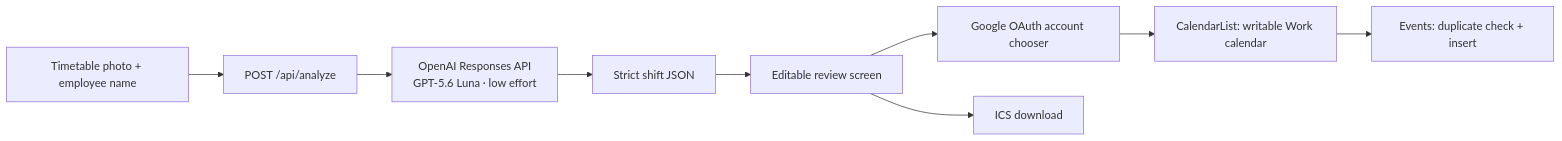
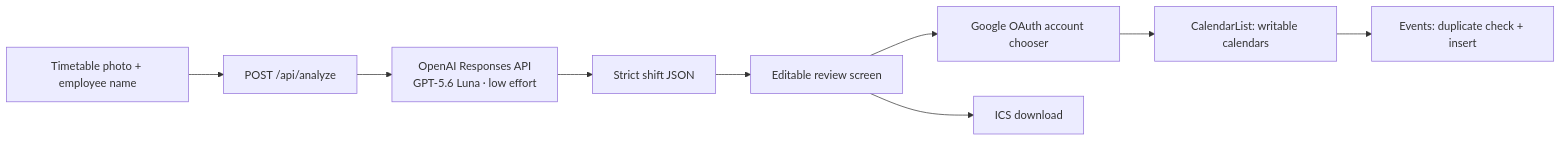
The diagram in README.md (AyBeeee/shiftly), drawn with Mermaid before and after one commit. The commit also changed other lines of this file and 3 other files, not shown here.

````diff
--- a/README.md
+++ b/README.md
@@ -58,11 +59,11 @@
 ```mermaid
 flowchart LR
     A["Timetable photo + employee name"] --> B["POST /api/analyze"]
     B --> C["OpenAI Responses API<br/>GPT-5.6 Luna · low effort"]
     C --> D["Strict shift JSON"]
     D --> E["Editable review screen"]
     E --> F["Google OAuth account chooser"]
-    F --> G["CalendarList: writable Work calendar"]
+    F --> G["CalendarList: writable calendars"]
     G --> H["Events: duplicate check + insert"]
     E --> I["ICS download"]
 ```
````
